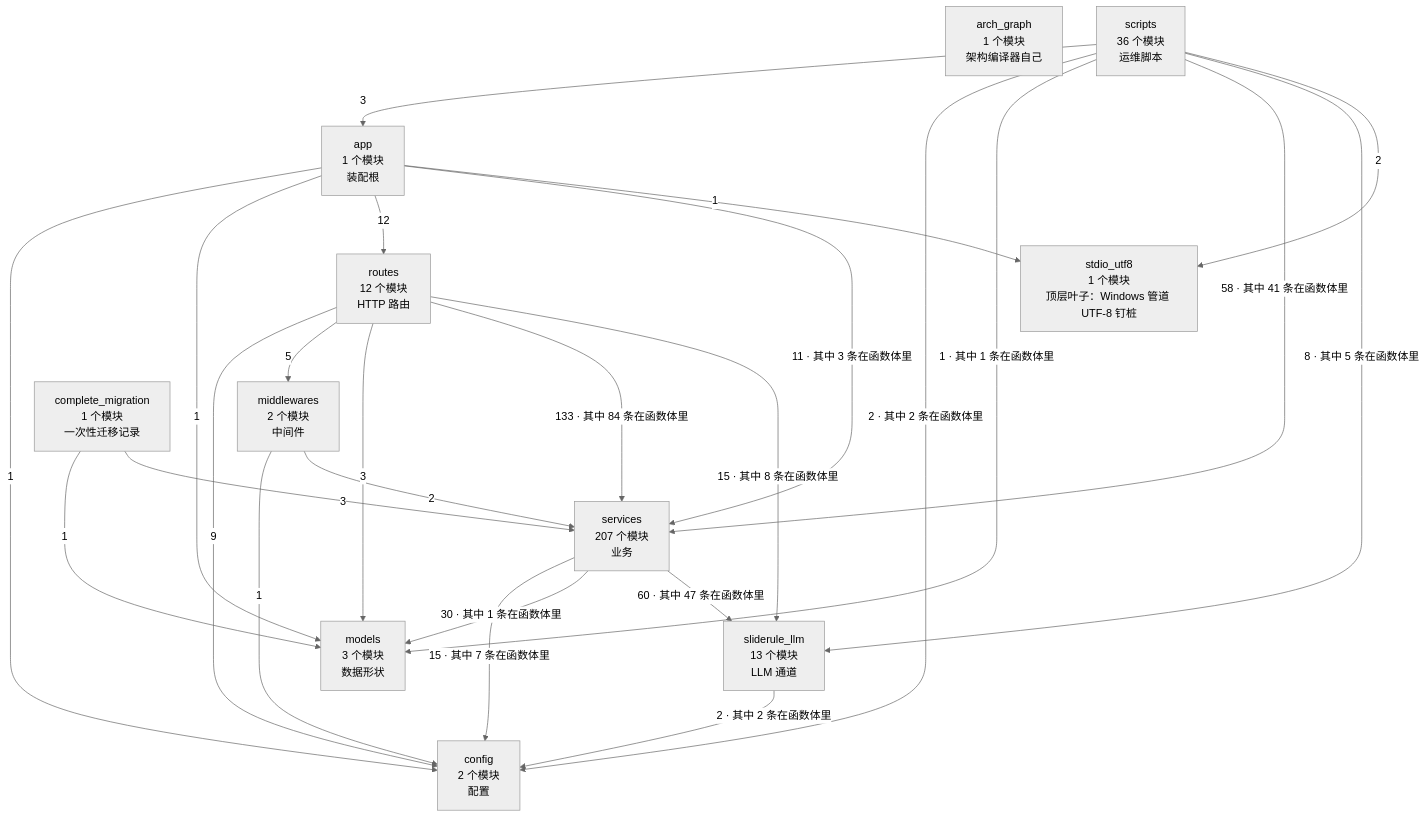
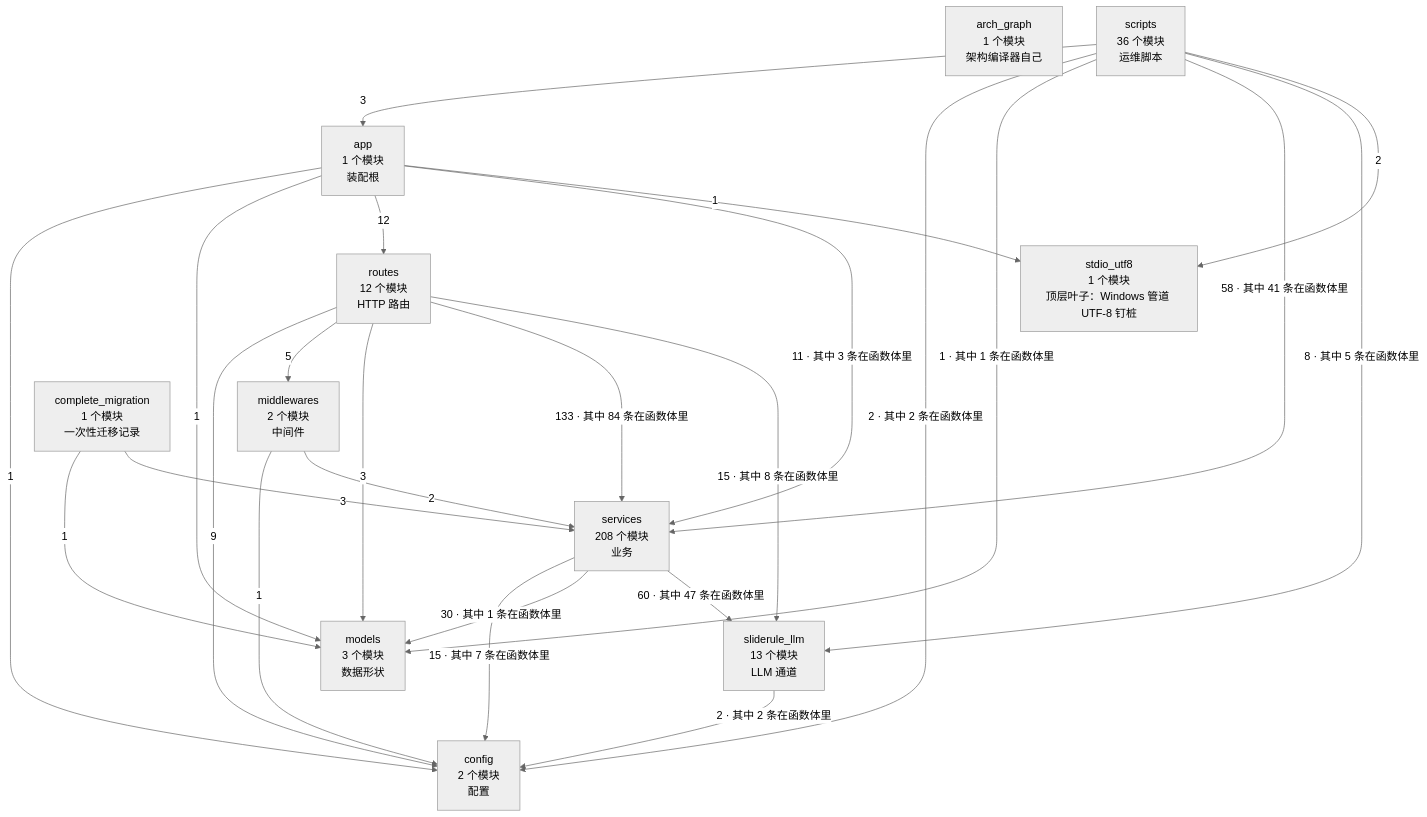
One commit to 2686521696/WhyBuddy changed the first of 2 diagrams in docs/SlideRule V6.2 架构图（自动生成）.md. Above: the diagram before and after it, drawn with Mermaid (neutral theme). The commit also changed other lines of this file and 30 other files, not shown here.

````diff
--- a/docs/SlideRule V6.2 架构图（自动生成）.md
+++ b/docs/SlideRule V6.2 架构图（自动生成）.md
@@ -36,38 +36,38 @@
 ```mermaid
 flowchart TB
   arch_graph["arch_graph<br/>1 个模块<br/>架构编译器自己"]
   config["config<br/>2 个模块<br/>配置"]
   models["models<br/>3 个模块<br/>数据形状"]
   stdio_utf8["stdio_utf8<br/>1 个模块<br/>顶层叶子：Windows 管道 UTF-8 钉桩"]
   sliderule_llm["sliderule_llm<br/>13 个模块<br/>LLM 通道"]
   middlewares["middlewares<br/>2 个模块<br/>中间件"]
-  services["services<br/>207 个模块<br/>业务"]
+  services["services<br/>208 个模块<br/>业务"]
   routes["routes<br/>12 个模块<br/>HTTP 路由"]
   app["app<br/>1 个模块<br/>装配根"]
   complete_migration["complete_migration<br/>1 个模块<br/>一次性迁移记录"]
   scripts["scripts<br/>36 个模块<br/>运维脚本"]
   app -->|1| config
   app -->|1| models
   app -->|12| routes
   app -->|11 · 其中 3 条在函数体里| services
   app -->|1| stdio_utf8
   complete_migration -->|1| models
   complete_migration -->|3| services
   middlewares -->|1| config
   middlewares -->|2| services
   routes -->|9| config
   routes -->|5| middlewares
   routes -->|3| models
   routes -->|133 · 其中 84 条在函数体里| services
   routes -->|15 · 其中 8 条在函数体里| sliderule_llm
   scripts -->|3| app
   scripts -->|2 · 其中 2 条在函数体里| config
   scripts -->|1 · 其中 1 条在函数体里| models
   scripts -->|58 · 其中 41 条在函数体里| services
   scripts -->|8 · 其中 5 条在函数体里| sliderule_llm
   scripts -->|2| stdio_utf8
   services -->|15 · 其中 7 条在函数体里| config
   services -->|30 · 其中 1 条在函数体里| models
   services -->|60 · 其中 47 条在函数体里| sliderule_llm
   sliderule_llm -->|2 · 其中 2 条在函数体里| config
 ```
````
